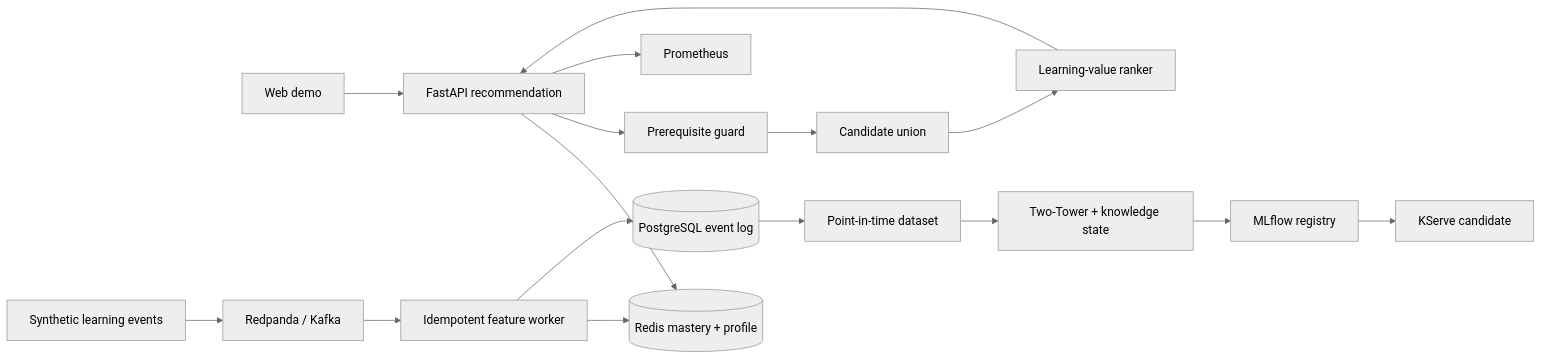
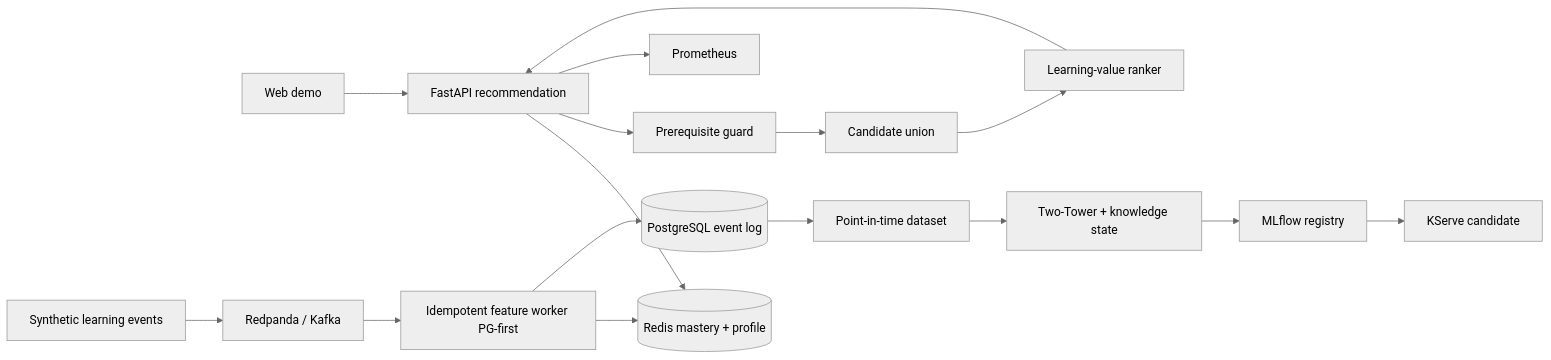
One commit to GH00-NETI/EduRecOps changed the diagram in README.md. Above: the diagram before and after it, drawn with Mermaid (neutral theme). The commit also changed other lines of this file and 2 other files, not shown here.

Commit message:
fix: harden worker idempotency and close audit gaps (5/6)

````diff
--- a/README.md
+++ b/README.md
@@ -17,18 +17,18 @@
 ```mermaid
 flowchart LR
   UI[Web demo] --> API[FastAPI recommendation]
   GEN[Synthetic learning events] --> KAFKA[Redpanda / Kafka]
-  KAFKA --> WORKER[Idempotent feature worker]
+  KAFKA --> WORKER[Idempotent feature worker PG-first]
   WORKER --> REDIS[(Redis mastery + profile)]
   WORKER --> PG[(PostgreSQL event log)]
   API --> REDIS
   API --> GUARD[Prerequisite guard]
   GUARD --> UNION[Candidate union]
   UNION --> RANK[Learning-value ranker]
   RANK --> API
   PG --> DATASET[Point-in-time dataset]
   DATASET --> TRAIN[Two-Tower + knowledge state]
   TRAIN --> MLFLOW[MLflow registry]
   MLFLOW --> CANARY[KServe candidate]
   API --> PROM[Prometheus]
 ```
````
